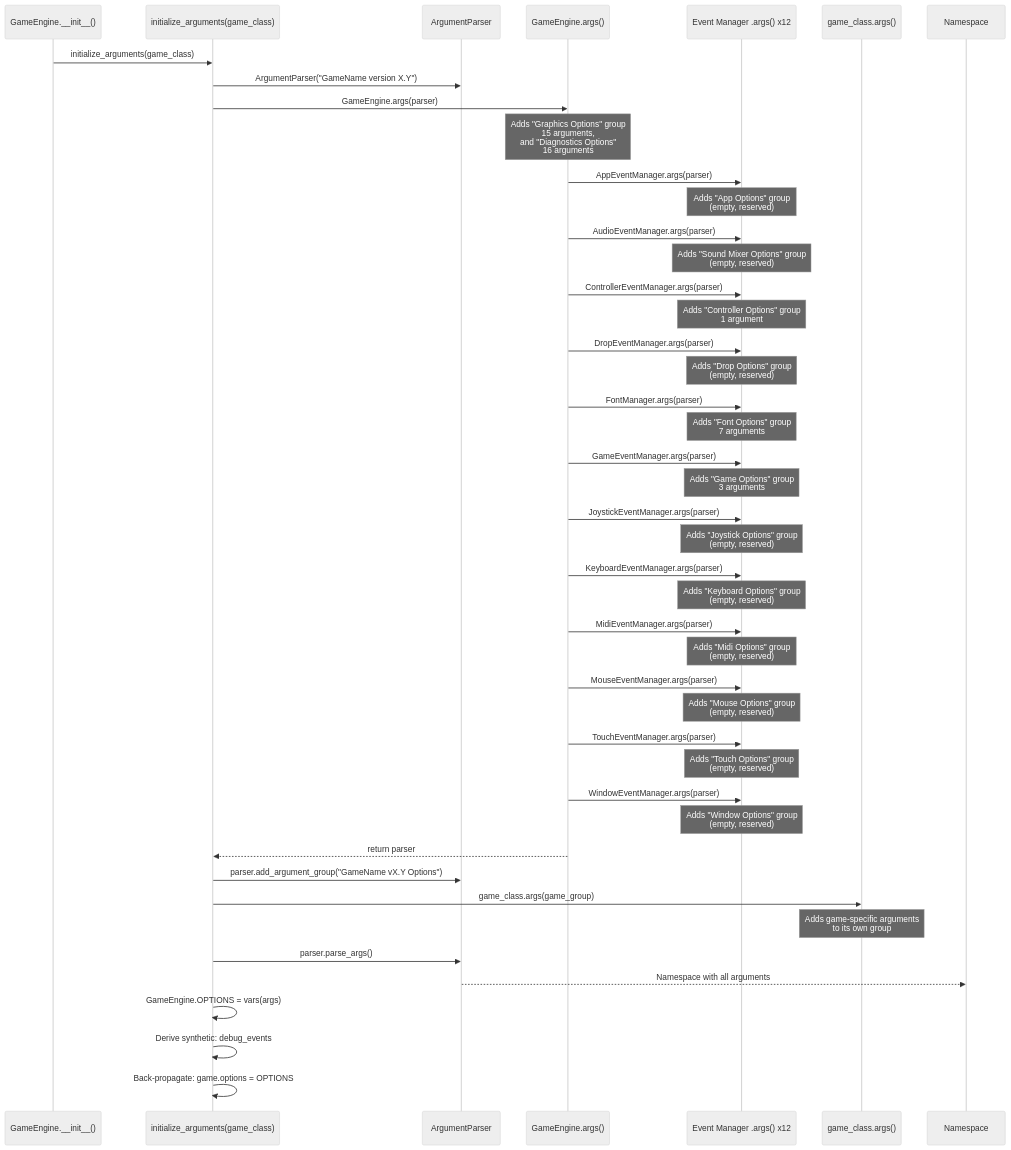
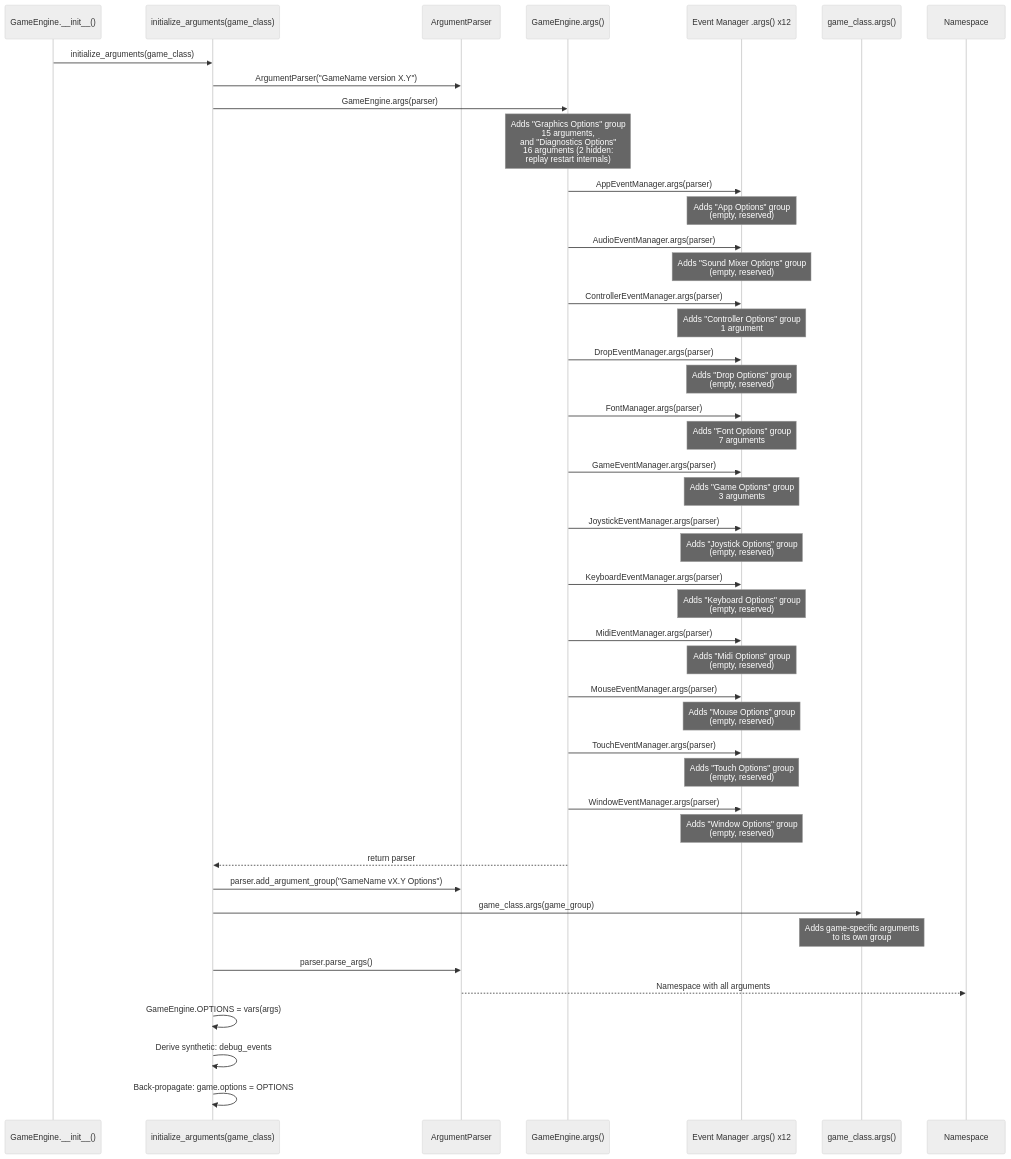
The first of 4 diagrams in docs/architecture/argument_system.md (terrysimons/glitchygames), drawn with Mermaid (neutral theme) before and after one commit. The commit also changed other lines of this file and 49 other files, not shown here.

````diff
--- a/docs/architecture/argument_system.md
+++ b/docs/architecture/argument_system.md
@@ -13,64 +13,64 @@
 ```mermaid
 sequenceDiagram
     participant GE as GameEngine.__init__()
     participant IA as initialize_arguments(game_class)
     participant AP as ArgumentParser
     participant ENGINE as GameEngine.args()
     participant MGR as Event Manager .args() x12
     participant GAME as game_class.args()
     participant NS as Namespace
 
     GE->>IA: initialize_arguments(game_class)
     IA->>AP: ArgumentParser("GameName version X.Y")
     IA->>ENGINE: GameEngine.args(parser)
 
-    Note over ENGINE: Adds "Graphics Options" group<br/>15 arguments,<br/>and "Diagnostics Options"<br/>16 arguments
+    Note over ENGINE: Adds "Graphics Options" group<br/>15 arguments,<br/>and "Diagnostics Options"<br/>16 arguments (2 hidden:<br/>replay restart internals)
 
     ENGINE->>MGR: AppEventManager.args(parser)
     Note over MGR: Adds "App Options" group<br/>(empty, reserved)
 
     ENGINE->>MGR: AudioEventManager.args(parser)
     Note over MGR: Adds "Sound Mixer Options" group<br/>(empty, reserved)
 
     ENGINE->>MGR: ControllerEventManager.args(parser)
     Note over MGR: Adds "Controller Options" group<br/>1 argument
 
     ENGINE->>MGR: DropEventManager.args(parser)
     Note over MGR: Adds "Drop Options" group<br/>(empty, reserved)
 
     ENGINE->>MGR: FontManager.args(parser)
     Note over MGR: Adds "Font Options" group<br/>7 arguments
 
     ENGINE->>MGR: GameEventManager.args(parser)
     Note over MGR: Adds "Game Options" group<br/>3 arguments
 
     ENGINE->>MGR: JoystickEventManager.args(parser)
     Note over MGR: Adds "Joystick Options" group<br/>(empty, reserved)
 
     ENGINE->>MGR: KeyboardEventManager.args(parser)
     Note over MGR: Adds "Keyboard Options" group<br/>(empty, reserved)
 
     ENGINE->>MGR: MidiEventManager.args(parser)
     Note over MGR: Adds "Midi Options" group<br/>(empty, reserved)
 
     ENGINE->>MGR: MouseEventManager.args(parser)
     Note over MGR: Adds "Mouse Options" group<br/>(empty, reserved)
 
     ENGINE->>MGR: TouchEventManager.args(parser)
     Note over MGR: Adds "Touch Options" group<br/>(empty, reserved)
 
     ENGINE->>MGR: WindowEventManager.args(parser)
     Note over MGR: Adds "Window Options" group<br/>(empty, reserved)
 
     ENGINE-->>IA: return parser
 
     IA->>AP: parser.add_argument_group("GameName vX.Y Options")
     IA->>GAME: game_class.args(game_group)
     Note over GAME: Adds game-specific arguments<br/>to its own group
 
     IA->>AP: parser.parse_args()
     AP-->>NS: Namespace with all arguments
     IA->>IA: GameEngine.OPTIONS = vars(args)
     IA->>IA: Derive synthetic: debug_events
     IA->>IA: Back-propagate: game.options = OPTIONS
 ```
````
